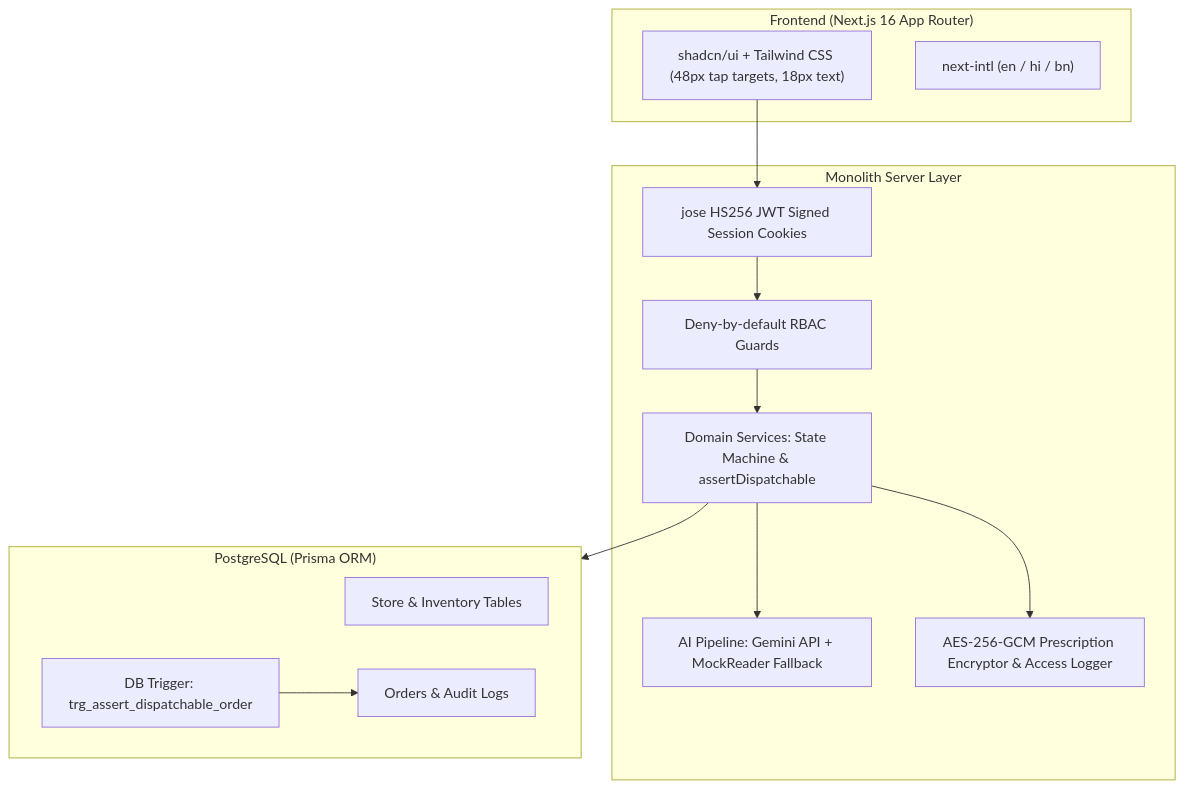
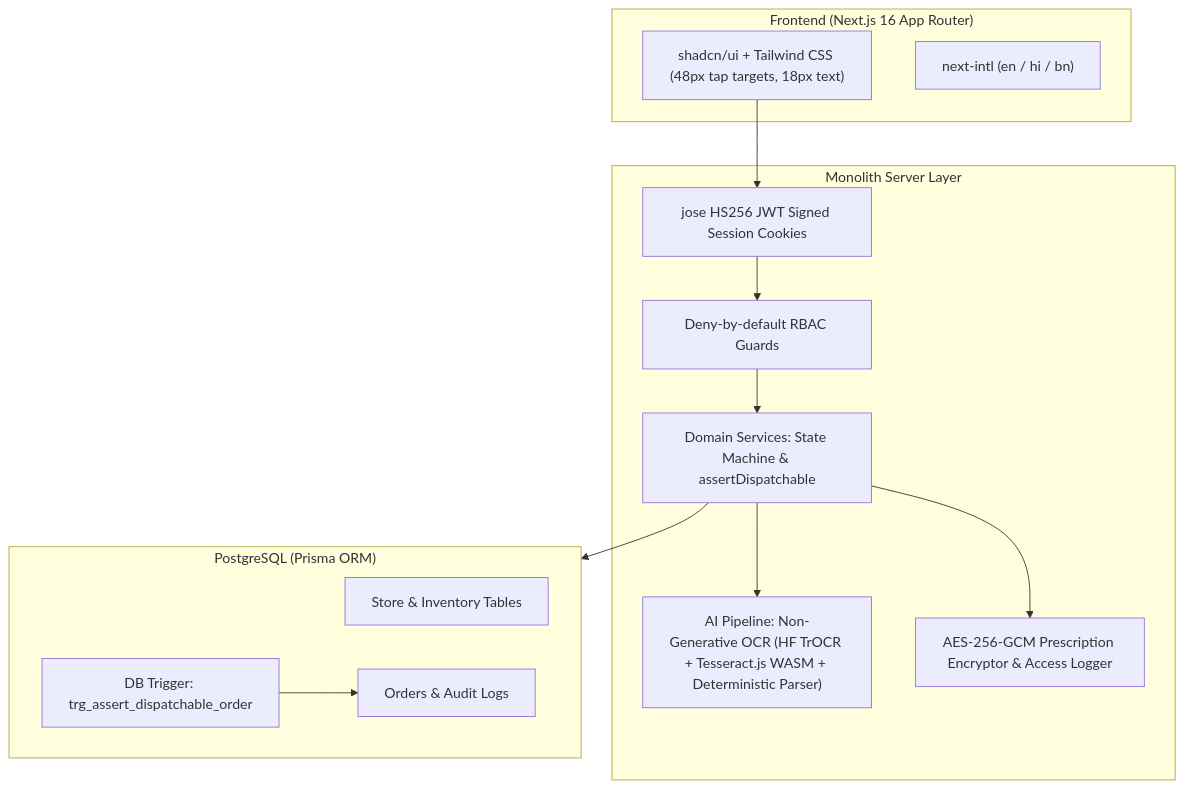
The diagram in README.md (P1Manav/MedKart), drawn with Mermaid before and after one commit. The commit also changed 5 other files, not shown here.

Commit message:
fix(ai,docs): replace hardcoded TrOCR confidence with real lexical proxy, clean stale gemini references, and document vercel hobby limits

````diff
--- a/README.md
+++ b/README.md
@@ -107,27 +107,27 @@
 ```mermaid
 flowchart TD
     subgraph Client["Frontend (Next.js 16 App Router)"]
         UI["shadcn/ui + Tailwind CSS (48px tap targets, 18px text)"]
         I18N["next-intl (en / hi / bn)"]
     end
 
     subgraph Server["Monolith Server Layer"]
         AUTH["jose HS256 JWT Signed Session Cookies"]
         RBAC["Deny-by-default RBAC Guards"]
         DOMAIN["Domain Services: State Machine & assertDispatchable"]
-        AI["AI Pipeline: Gemini API + MockReader Fallback"]
+        AI["AI Pipeline: Non-Generative OCR (HF TrOCR + Tesseract.js WASM + Deterministic Parser)"]
         CRYPTO["AES-256-GCM Prescription Encryptor & Access Logger"]
     end
 
     subgraph DB["PostgreSQL (Prisma ORM)"]
         STORE["Store & Inventory Tables"]
         ORDERS["Orders & Audit Logs"]
         TRIGGER["DB Trigger: trg_assert_dispatchable_order"]
     end
 
     UI --> AUTH --> RBAC --> DOMAIN
     DOMAIN --> AI
     DOMAIN --> CRYPTO
     DOMAIN --> DB
     TRIGGER --> ORDERS
 ```
````
